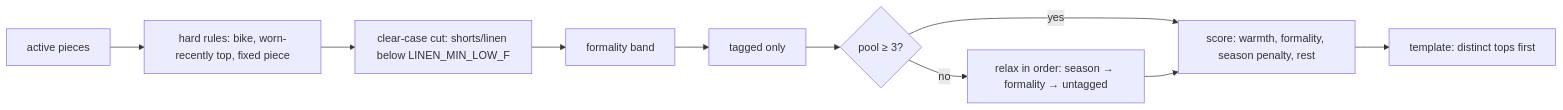
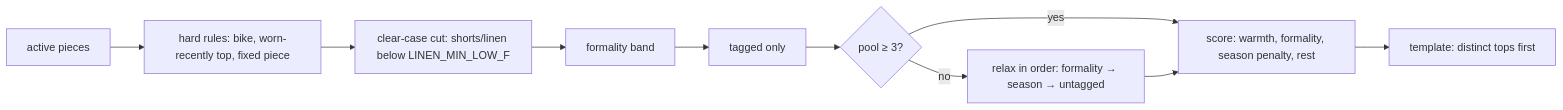
The diagram in docs/planning/2026-11-24-closet-picker-pool-design.md (joeyh92989/joey-haas.dev), drawn with Mermaid before and after one commit. The commit also changed other lines of this file and 13 other files, not shown here.

````diff
--- a/docs/planning/2026-11-24-closet-picker-pool-design.md
+++ b/docs/planning/2026-11-24-closet-picker-pool-design.md
@@ -38,12 +38,12 @@
 ```mermaid
 flowchart LR
   P[active pieces] --> H[hard rules: bike, worn-recently top, fixed piece]
   H --> C[clear-case cut: shorts/linen below LINEN_MIN_LOW_F]
   C --> F[formality band]
   F --> T[tagged only]
   T --> N{"pool ≥ 3?"}
   N -- yes --> S[score: warmth, formality, season penalty, rest]
-  N -- no --> R[relax in order: season → formality → untagged]
+  N -- no --> R[relax in order: formality → season → untagged]
   R --> S
   S --> TPL[template: distinct tops first]
 ```
````
